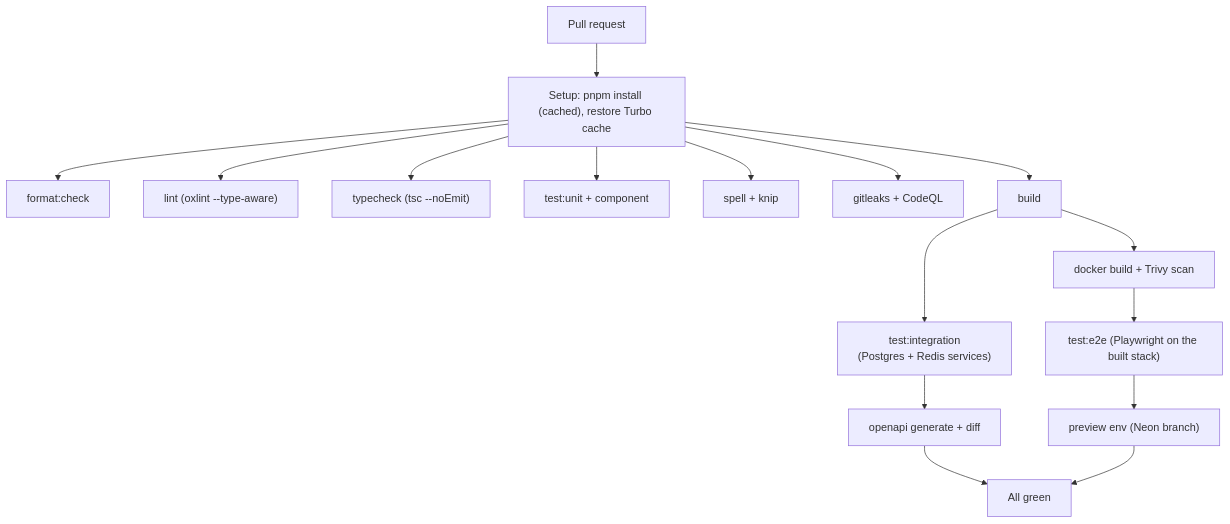
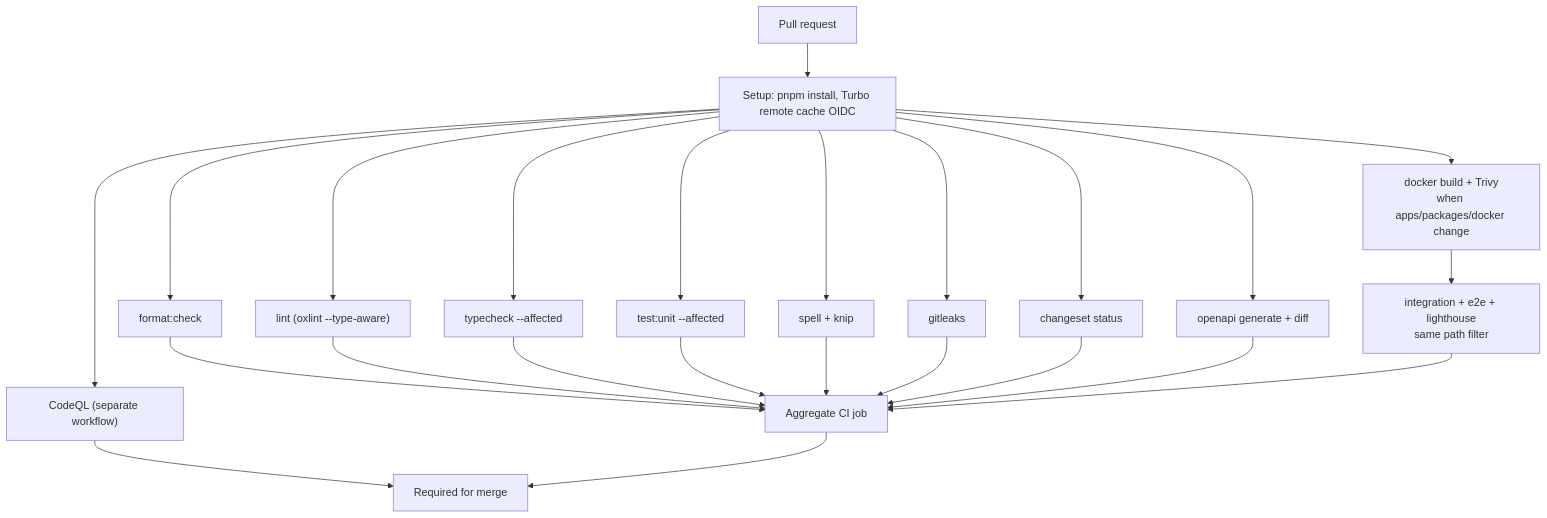
The second of 3 diagrams in docs/architecture/12-git-ci-release.md (jleveneur/nextjs-boilerplate), drawn with Mermaid before and after one commit. The commit also changed other lines of this file and 21 other files, not shown here.

````diff
--- a/docs/architecture/12-git-ci-release.md
+++ b/docs/architecture/12-git-ci-release.md
@@ -94,18 +94,26 @@
 ```mermaid
 flowchart TB
-    START["Pull request"] --> SETUP["Setup: pnpm install (cached), restore Turbo cache"]
+    START["Pull request"] --> SETUP["Setup: pnpm install, Turbo remote cache OIDC"]
     SETUP --> A["format:check"]
     SETUP --> B["lint (oxlint --type-aware)"]
-    SETUP --> C["typecheck (tsc --noEmit)"]
-    SETUP --> D["test:unit + component"]
+    SETUP --> C["typecheck --affected"]
+    SETUP --> D["test:unit --affected"]
     SETUP --> E["spell + knip"]
-    SETUP --> F["gitleaks + CodeQL"]
-    SETUP --> G["build"]
-    G --> H["test:integration<br/>(Postgres + Redis services)"]
-    G --> I["docker build + Trivy scan"]
-    H --> J["openapi generate + diff"]
-    I --> K["test:e2e (Playwright on the built stack)"]
-    K --> L["preview env (Neon branch)"]
-    J --> DONE["All green"]
-    L --> DONE
+    SETUP --> F["gitleaks"]
+    SETUP --> CQ["CodeQL (separate workflow)"]
+    SETUP --> G["changeset status"]
+    SETUP --> H["openapi generate + diff"]
+    SETUP --> I["docker build + Trivy<br/>when apps/packages/docker change"]
+    I --> J["integration + e2e + lighthouse<br/>same path filter"]
+    A --> DONE["Aggregate CI job"]
+    B --> DONE
+    C --> DONE
+    D --> DONE
+    E --> DONE
+    F --> DONE
+    G --> DONE
+    H --> DONE
+    J --> DONE
+    CQ --> PROT["Required for merge"]
+    DONE --> PROT
 ```
````
